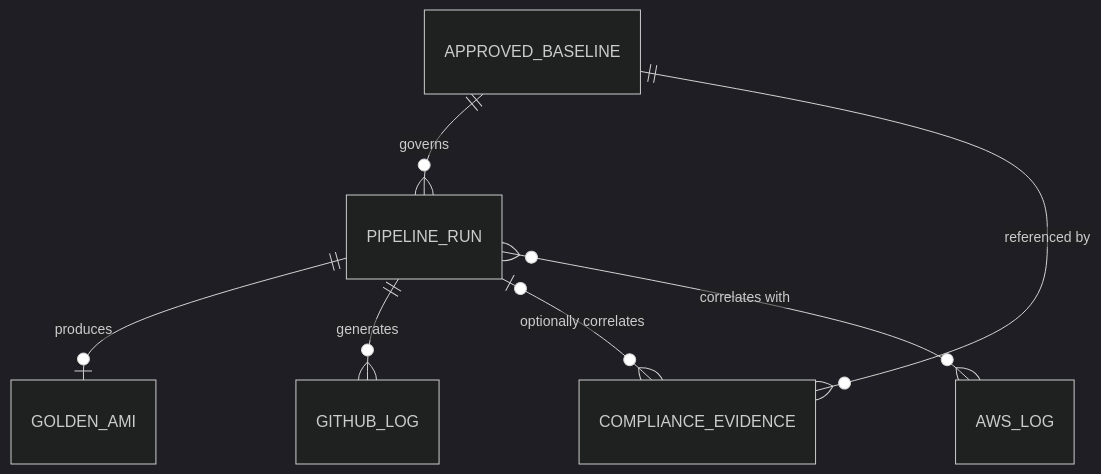
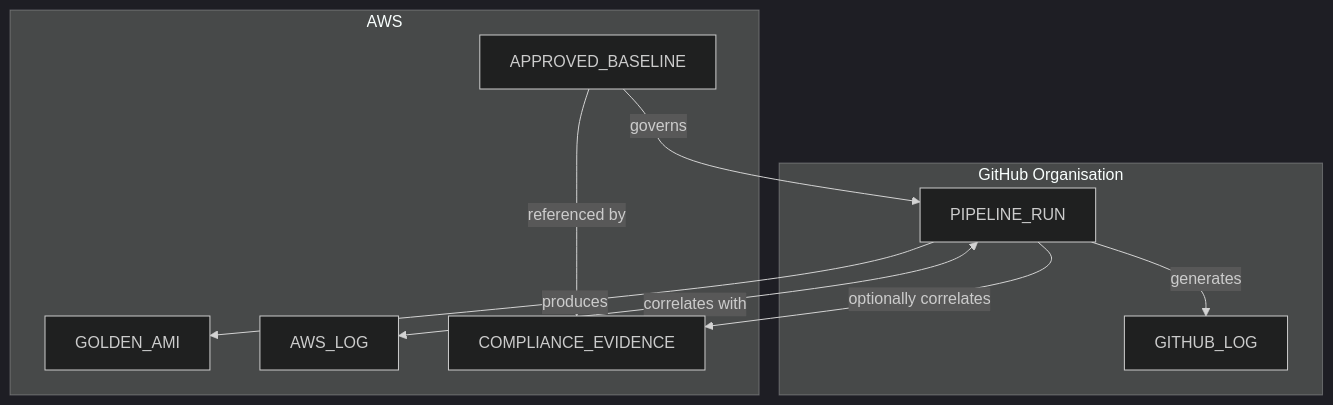
One commit to wingt903/CICD changed the diagram in architecture/data-architecture-entity-overview.mmd. Above: the diagram before and after it, drawn with Mermaid (dark theme).

Commit message:
Update entity overview diagram with GitHub Org and AWS location subgraphs

```diff
--- a/architecture/data-architecture-entity-overview.mmd
+++ b/architecture/data-architecture-entity-overview.mmd
@@ -1,8 +1,20 @@
-erDiagram
+flowchart TD
 
-    APPROVED_BASELINE ||--o{ PIPELINE_RUN : "governs"
-    APPROVED_BASELINE ||--o{ COMPLIANCE_EVIDENCE : "referenced by"
-    PIPELINE_RUN ||--o| GOLDEN_AMI : "produces"
-    PIPELINE_RUN ||--o{ GITHUB_LOG : "generates"
-    PIPELINE_RUN o|--o{ COMPLIANCE_EVIDENCE : "optionally correlates"
-    PIPELINE_RUN }o--o{ AWS_LOG : "correlates with"
+    subgraph GITHUB["GitHub Organisation"]
+        PIPELINE_RUN["PIPELINE_RUN"]
+        GITHUB_LOG["GITHUB_LOG"]
+    end
+
+    subgraph AWS["AWS"]
+        APPROVED_BASELINE["APPROVED_BASELINE"]
+        GOLDEN_AMI["GOLDEN_AMI"]
+        AWS_LOG["AWS_LOG"]
+        COMPLIANCE_EVIDENCE["COMPLIANCE_EVIDENCE"]
+    end
+
+    APPROVED_BASELINE -- "governs" --> PIPELINE_RUN
+    APPROVED_BASELINE -- "referenced by" --> COMPLIANCE_EVIDENCE
+    PIPELINE_RUN -- "produces" --> GOLDEN_AMI
+    PIPELINE_RUN -- "generates" --> GITHUB_LOG
+    PIPELINE_RUN -- "optionally correlates" --> COMPLIANCE_EVIDENCE
+    PIPELINE_RUN <-- "correlates with" --> AWS_LOG
```
